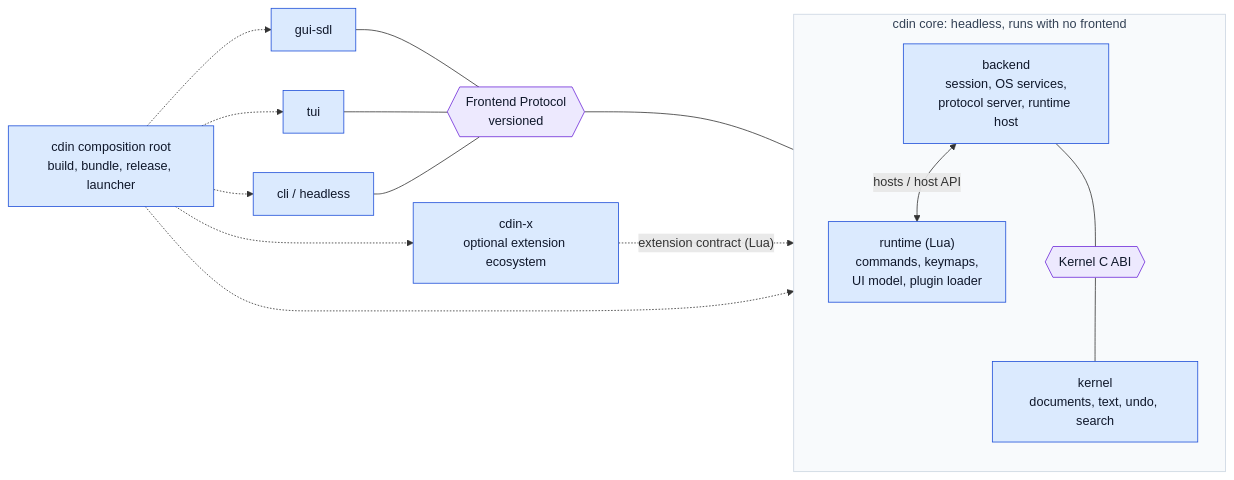
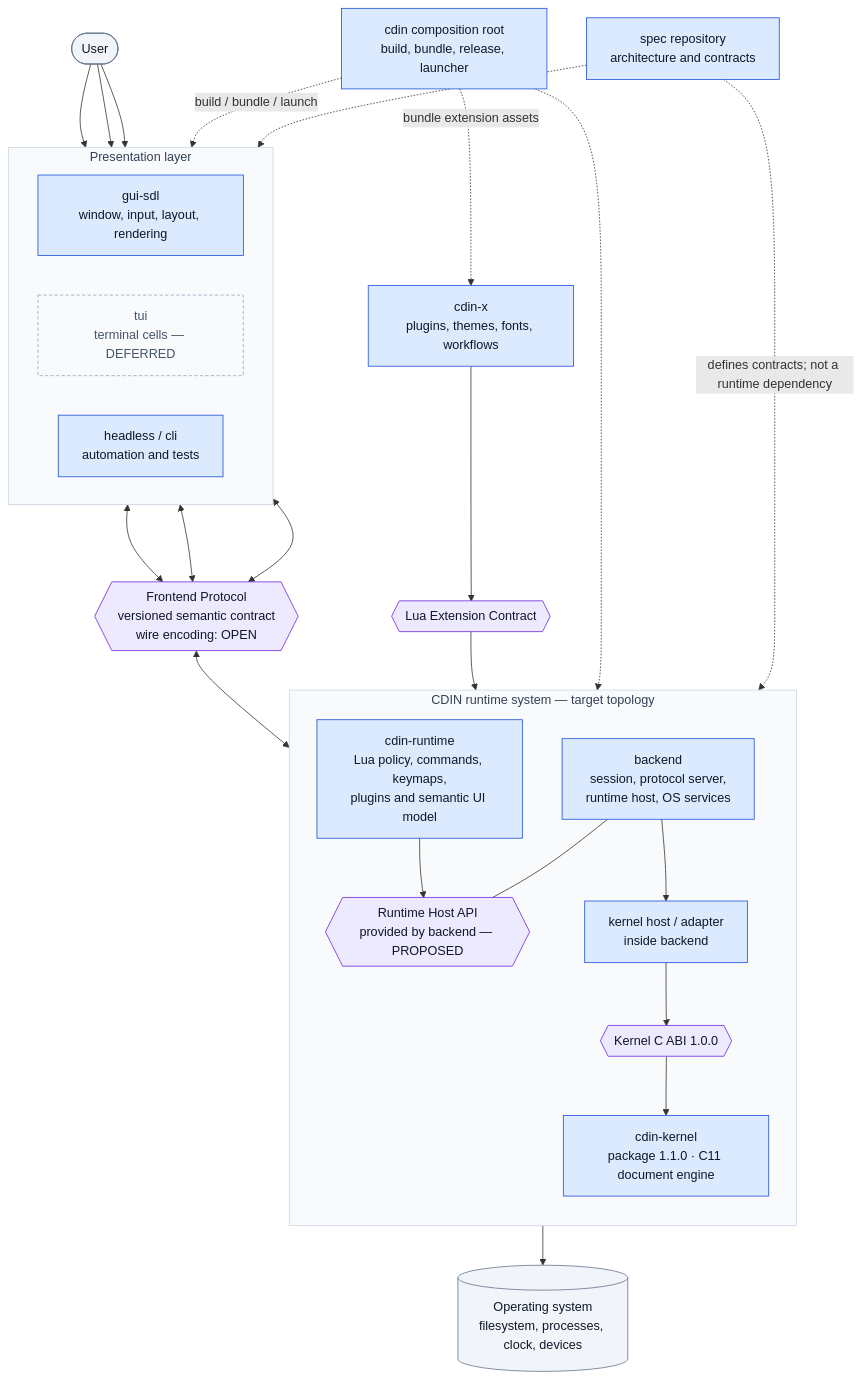
Before and after one commit to cdin-editor/spec: the diagram in README.md, drawn with Mermaid. The commit also changed other lines of this file and 19 other files, not shown here.

````diff
--- a/README.md
+++ b/README.md
@@ -15,35 +15,57 @@
 ```mermaid
-flowchart LR
+flowchart TB
+    USER(["User"])
+
+    subgraph PRESENTATION["Presentation layer"]
+        direction LR
+        GUI["gui-sdl<br/>window, input, layout, rendering"]
+        TUI["tui<br/>terminal cells — DEFERRED"]
+        HEADLESS["headless / cli<br/>automation and tests"]
+    end
+    FP{{"Frontend Protocol<br/>versioned semantic contract<br/>wire encoding: OPEN"}}
+
+    subgraph PRODUCT["CDIN runtime system — target topology"]
+        direction TB
+        BE["backend<br/>session, protocol server,<br/>runtime host, OS services"]
+        RHA{{"Runtime Host API<br/>provided by backend — PROPOSED"}}
+        RT["cdin-runtime<br/>Lua policy, commands, keymaps,<br/>plugins and semantic UI model"]
+        KHOST["kernel host / adapter<br/>inside backend"]
+        KABI{{"Kernel C ABI 1.0.0"}}
+        K["cdin-kernel<br/>package 1.1.0 · C11 document engine"]
+        BE --- RHA
+        RT --> RHA
+        BE --> KHOST --> KABI --> K
+    end
+
+    EXTAPI{{"Lua Extension Contract"}}
+    X["cdin-x<br/>plugins, themes, fonts, workflows"]
+    OS[("Operating system<br/>filesystem, processes, clock, devices")]
     ROOT["cdin composition root<br/>build, bundle, release, launcher"]
-    GUI["gui-sdl"]
-    TUI["tui"]
-    HL["cli / headless"]
-    PROTO{{"Frontend Protocol<br/>versioned"}}
-    subgraph CORE["cdin core: headless, runs with no frontend"]
-        direction TB
-        BE["backend<br/>session, OS services,<br/>protocol server, runtime host"]
-        RT["runtime (Lua)<br/>commands, keymaps,<br/>UI model, plugin loader"]
-        KABI{{"Kernel C ABI"}}
-        K["kernel<br/>documents, text, undo, search"]
-        BE <-- "hosts / host API" --> RT
-        BE --- KABI --- K
-    end
-    X["cdin-x<br/>optional extension ecosystem"]
+    SPEC["spec repository<br/>architecture and contracts"]
 
-    GUI --- PROTO
-    TUI --- PROTO
-    HL --- PROTO
-    PROTO --- BE
-    X -. "extension contract (Lua)" .-> RT
-    ROOT -.-> GUI
-    ROOT -.-> TUI
-    ROOT -.-> HL
-    ROOT -.-> CORE
-    ROOT -.-> X
+    USER --> GUI
+    USER --> TUI
+    USER --> HEADLESS
+    GUI <--> FP
+    TUI <--> FP
+    HEADLESS <--> FP
+    FP <--> BE
+    X --> EXTAPI --> RT
+    BE --> OS
+    ROOT -. "build / bundle / launch" .-> PRESENTATION
+    ROOT -.-> PRODUCT
+    ROOT -. "bundle extension assets" .-> X
+    SPEC -. "defines contracts; not a runtime dependency" .-> PRODUCT
+    SPEC -.-> PRESENTATION
+
     classDef comp fill:#dbeafe,stroke:#1d4ed8,color:#0f172a
     classDef contract fill:#ede9fe,stroke:#6d28d9,color:#0f172a
+    classDef external fill:#f1f5f9,stroke:#64748b,color:#0f172a
     classDef group fill:#f8fafc,stroke:#cbd5e1,color:#334155
-    class BE,GUI,HL,K,ROOT,RT,TUI,X comp
-    class KABI,PROTO contract
-    class CORE group
+    classDef deferred fill:#f8fafc,stroke:#94a3b8,color:#475569,stroke-dasharray:4 3
+    class TUI deferred
+    class GUI,HEADLESS,BE,K,KHOST,RT,ROOT,SPEC,X comp
+    class FP,RHA,KABI,EXTAPI contract
+    class OS,USER external
+    class PRESENTATION,PRODUCT group
 ```
````
